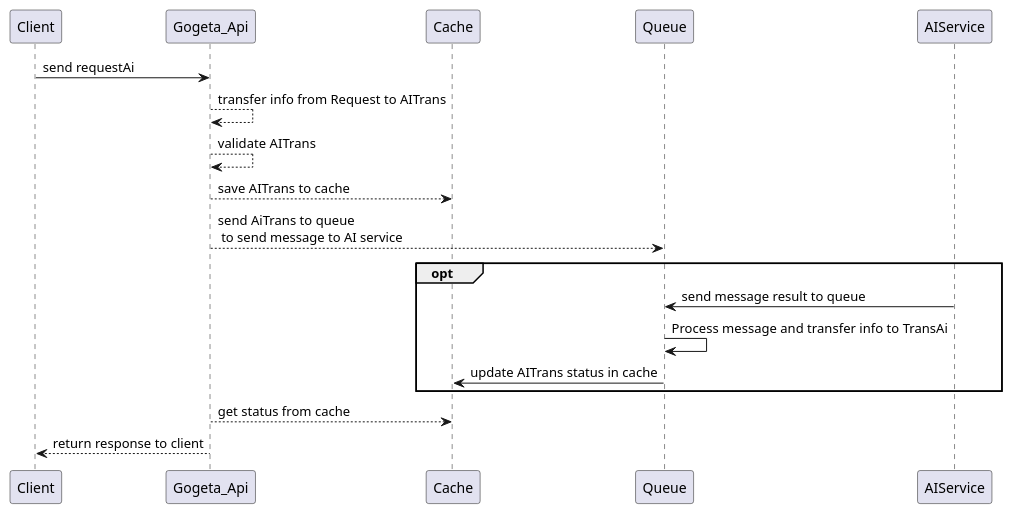
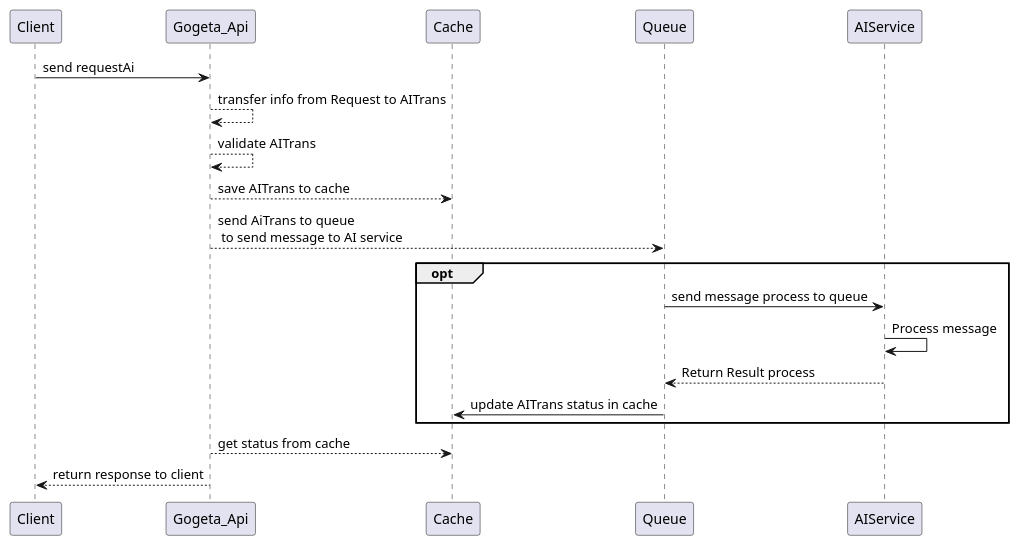
One commit to 1612180/gogeta changed the diagram in RegisterGogetaAPI.puml. Above: the diagram before and after it, drawn with PlantUML.

Commit message:
fix sequence diagram gogeta-api

```diff
--- a/RegisterGogetaAPI.puml
+++ b/RegisterGogetaAPI.puml
@@ -7,15 +7,17 @@
 @startuml
 Client -> Gogeta_Api: send requestAi
 Gogeta_Api --> Gogeta_Api: transfer info from Request to AITrans
 Gogeta_Api --> Gogeta_Api: validate AITrans
 Gogeta_Api --> Cache: save AITrans to cache
 Gogeta_Api --> Queue: send AiTrans to queue \n to send message to AI service
 opt
-AIService -> Queue: send message result to queue
-Queue -> Queue: Process message and transfer info to TransAi
+Queue -> AIService: send message process to queue
+AIService -> AIService: Process message
+
+AIService --> Queue:Return Result process
 Queue -> Cache: update AITrans status in cache
 end
 Gogeta_Api --> Cache: get status from cache
 Gogeta_Api --> Client: return response to client
 
 @enduml
```
